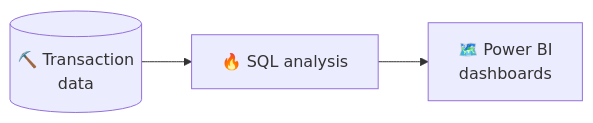
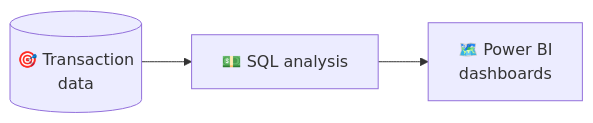
The third of 4 diagrams in README.md (gaurav190901/gaurav190901), drawn with Mermaid before and after one commit. The commit also changed other lines of this file and 1 other file, not shown here.

````diff
--- a/README.md
+++ b/README.md
@@ -106,4 +108,4 @@
 ```mermaid
 flowchart LR
-    A[(⛏️ Transaction<br/>data)] --> B[🔥 SQL analysis] --> C[🗺️ Power BI<br/>dashboards]
+    A[(🎯 Transaction<br/>data)] --> B[💵 SQL analysis] --> C[🗺️ Power BI<br/>dashboards]
 ```
````
